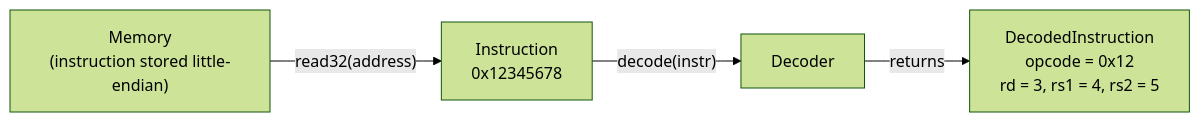
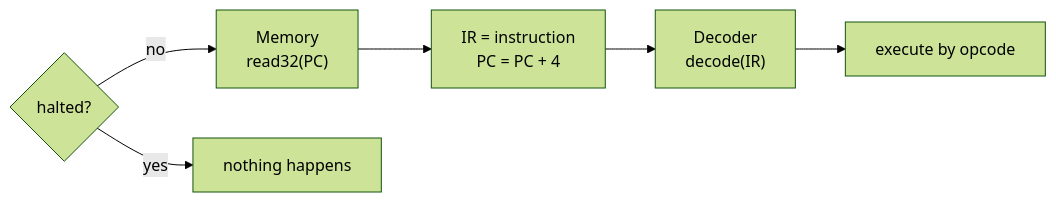
Before and after one commit to kpolet2010-hue/CoreSim: the third of 3 diagrams in docs/ARCHITECTURE.md, drawn with Mermaid (forest theme). The commit also changed other lines of this file and 7 other files, not shown here.

First line of the commit message:
docs(cpu): document instruction fetch, decode, NOP and HLT

````diff
--- a/docs/ARCHITECTURE.md
+++ b/docs/ARCHITECTURE.md
@@ -120,11 +123,8 @@
 ```mermaid
 flowchart LR
-    M["Memory<br/>(instruction stored little-endian)"]
-    I["Instruction<br/>0x12345678"]
-    D["Decoder"]
-    R["DecodedInstruction<br/>opcode = 0x12<br/>rd = 3, rs1 = 4, rs2 = 5"]
-
-    M -- "read32(address)" --> I
-    I -- "decode(instr)" --> D
-    D -- returns --> R
+    H{"halted?"} -- no --> M["Memory<br/>read32(PC)"]
+    H -- yes --> X["nothing happens"]
+    M --> IR["IR = instruction<br/>PC = PC + 4"]
+    IR --> D["Decoder<br/>decode(IR)"]
+    D --> E["execute by opcode"]
 ```
````
